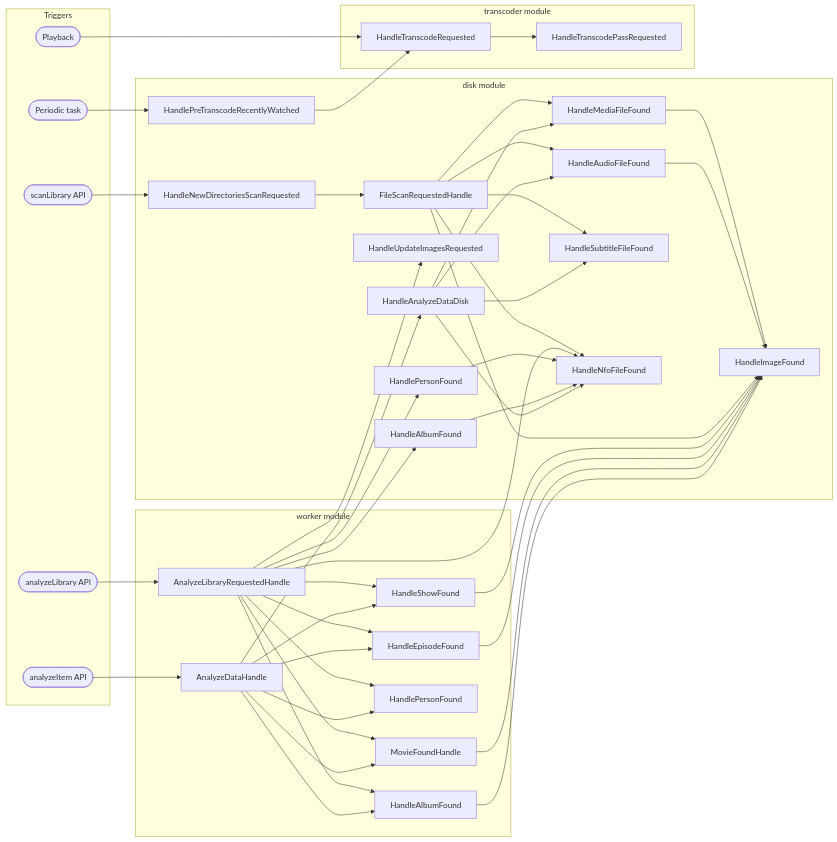
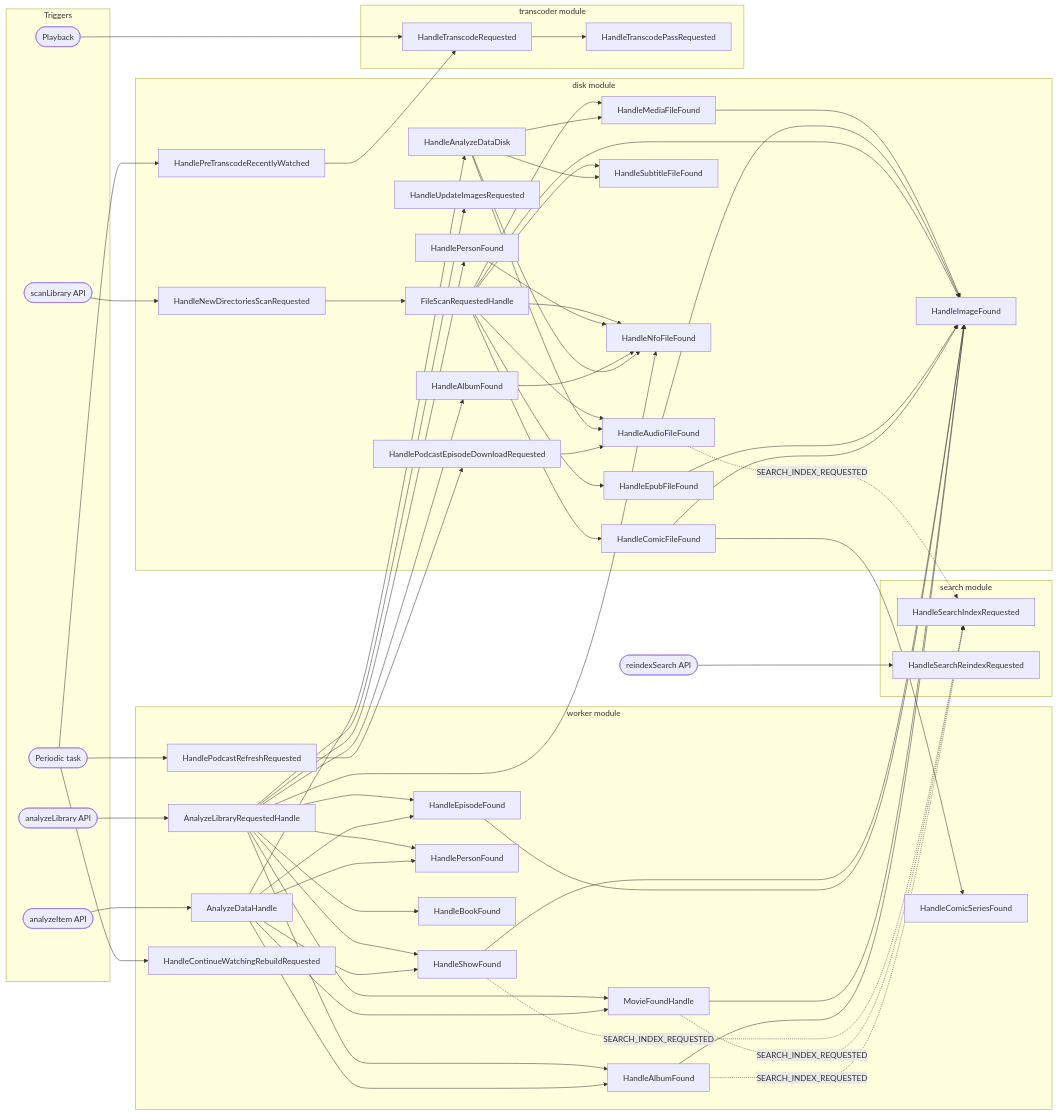
Before and after one commit to ister-app/server: the diagram in doc/architecture/diagrams/event-overview.md, drawn with Mermaid. The commit also changed other lines of this file and 13 other files, not shown here.

````diff
--- a/doc/architecture/diagrams/event-overview.md
+++ b/doc/architecture/diagrams/event-overview.md
@@ -26,6 +26,9 @@
         H10[HandlePreTranscodeRecentlyWatched]
         H11[HandlePersonFound]
         H12[HandleAlbumFound]
+        H13[HandleEpubFileFound]
+        H14[HandleComicFileFound]
+        H15[HandlePodcastEpisodeDownloadRequested]
     end
 
     subgraph worker module
@@ -36,11 +39,20 @@
         W5[MovieFoundHandle]
         W6[HandlePersonFound]
         W7[HandleAlbumFound]
+        W8[HandleBookFound]
+        W9[HandleComicSeriesFound]
+        W10[HandlePodcastRefreshRequested]
+        W11[HandleContinueWatchingRebuildRequested]
     end
 
     subgraph transcoder module
         TR1[HandleTranscodeRequested]
         TR2[HandleTranscodePassRequested]
+    end
+
+    subgraph search module
+        S1[HandleSearchIndexRequested]
+        S2[HandleSearchReindexRequested]
     end
 
     T1 --> H1 --> H2
@@ -49,6 +61,9 @@
     H2 --> H5
     H2 --> H6
     H2 --> H7
+    H2 --> H13 --> H6
+    H2 --> H14 --> H6
+    H14 --> W9
 
     T2 --> W1
     W1 --> H8
@@ -57,6 +72,7 @@
     W1 --> W5 --> H6
     W1 --> W6
     W1 --> W7 --> H6
+    W1 --> W8
     W1 --> H7
     W1 --> H11 --> H7
     W1 --> H12 --> H7
@@ -68,4 +84,9 @@
 
     T4 --> H10 --> TR1 --> TR2
     T5 --> TR1
+    T4 --> W10 --> H15 --> H4
+    T4 --> W11
+
+    T6([reindexSearch API]) --> S2
+    W3 & W5 & W7 & H4 -.->|SEARCH_INDEX_REQUESTED| S1
 ```
````
